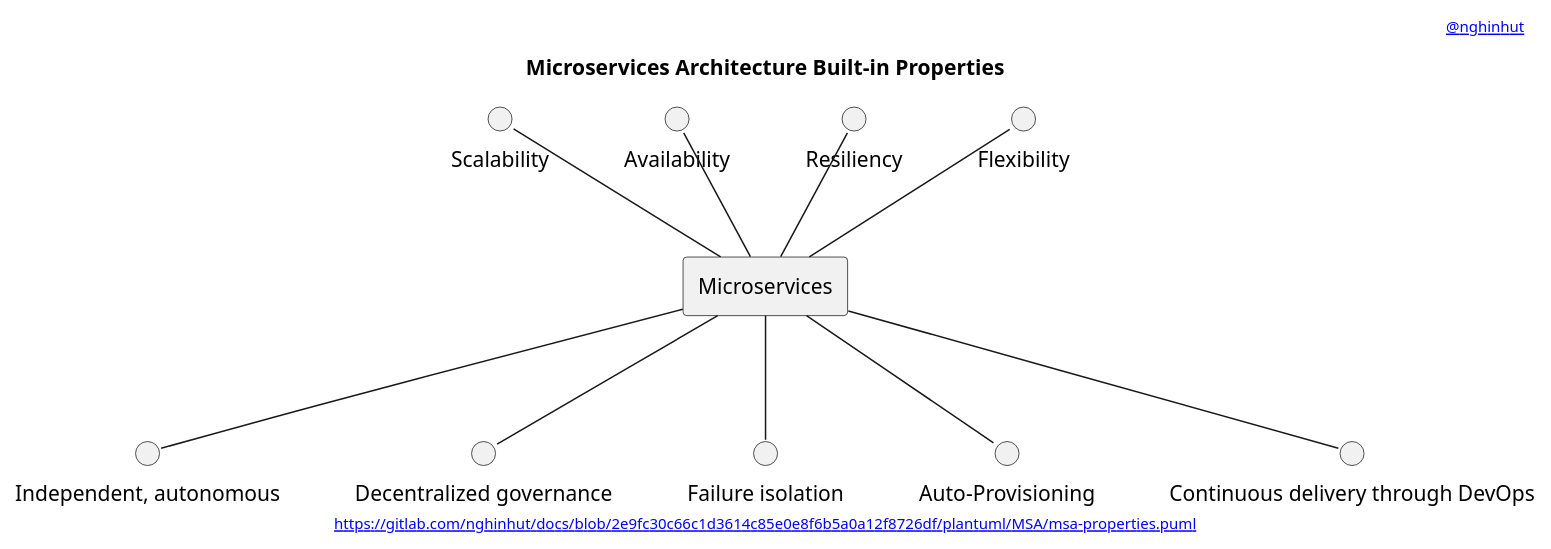
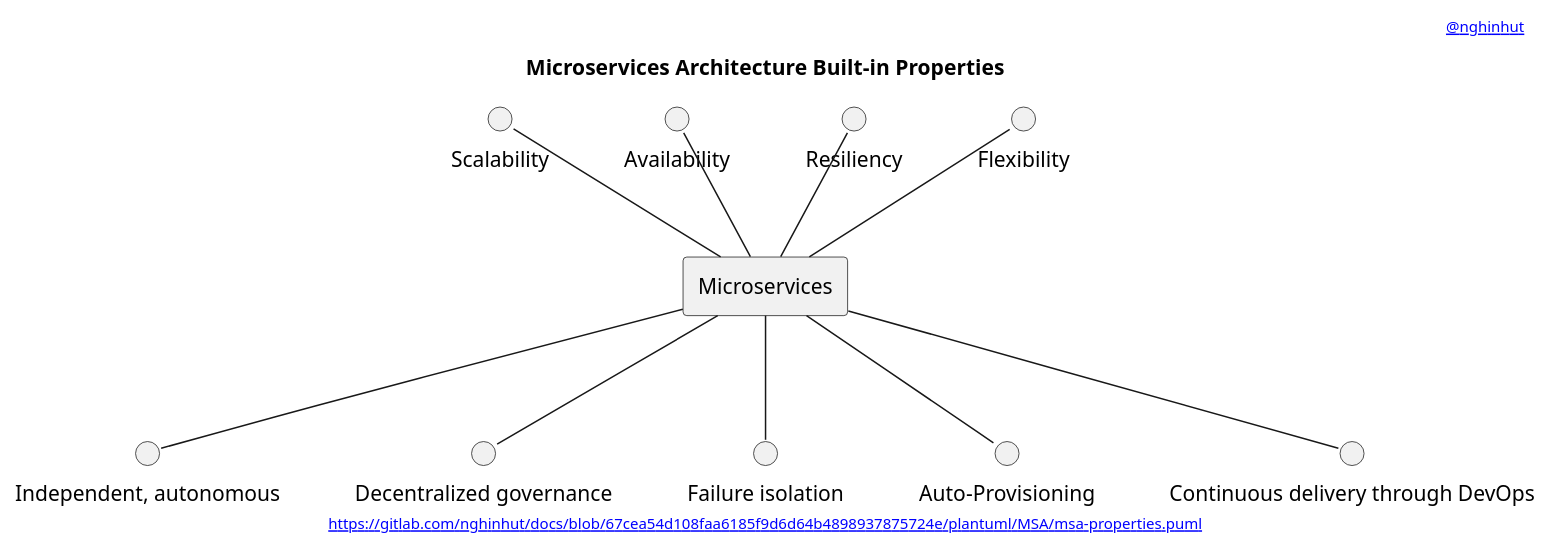
Before and after one commit to nghinhut/docs: the diagram in plantuml/MSA/msa-properties.puml, drawn with PlantUML. The commit also changed 29 other files, not shown here.

```diff
--- a/plantuml/MSA/msa-properties.puml
+++ b/plantuml/MSA/msa-properties.puml
@@ -1,31 +1,31 @@
 @startuml
 '-----START auto generated metadata please keep comment here to allow auto update-----
 '-----DON'T EDIT THIS SECTION, INSTEAD RE-RUN prebuild.sh TO UPDATE-----
-header [[https://www.nghinhut.dev?from=http%5C%3A%5C%2F%5C%2Fwww%5C.plantuml%5C.com%5C%2Fplantuml%5C%2Fproxy%3Ffmt%3Dsvg%5C%26src%3Dhttps%5C%3A%5C%2F%5C%2Fgitlab%5C.com%5C%2Fnghinhut%5C%2Fdocs%5C%2Fraw%5C%2F2e9fc30c66c1d3614c85e0e8f6b5a0a12f8726df%5C%2Fplantuml%5C%2FMSA%5C%2Fmsa-properties%5C.puml%0A @nghinhut]]
-footer [[http://www.plantuml.com/plantuml/proxy?fmt=svg&src=https://gitlab.com/nghinhut/docs/raw/2e9fc30c66c1d3614c85e0e8f6b5a0a12f8726df/plantuml/MSA/msa-properties.puml https://gitlab.com/nghinhut/docs/blob/2e9fc30c66c1d3614c85e0e8f6b5a0a12f8726df/plantuml/MSA/msa-properties.puml]]
+header [[https://www.nghinhut.dev?from=http%5C%3A%5C%2F%5C%2Fwww%5C.plantuml%5C.com%5C%2Fplantuml%5C%2Fproxy%3Ffmt%3Dsvg%5C%26src%3Dhttps%5C%3A%5C%2F%5C%2Fgitlab%5C.com%5C%2Fnghinhut%5C%2Fdocs%5C%2Fraw%5C%2F67cea54d108faa6185f9d6d64b4898937875724e%5C%2Fplantuml%5C%2FMSA%5C%2Fmsa-properties%5C.puml%0A @nghinhut]]
+footer [[http://www.plantuml.com/plantuml/proxy?fmt=svg&src=https://gitlab.com/nghinhut/docs/raw/67cea54d108faa6185f9d6d64b4898937875724e/plantuml/MSA/msa-properties.puml https://gitlab.com/nghinhut/docs/blob/67cea54d108faa6185f9d6d64b4898937875724e/plantuml/MSA/msa-properties.puml]]
 '-----END auto generated metadata please keep comment here to allow auto update-----
 title Microservices Architecture Built-in Properties
 
 rectangle "Microservices" as msa
 
 circle "Scalability" as scalability
 circle "Availability" as availability
 circle "Resiliency" as resiliency
 circle "Flexibility" as flexibility
 circle "Independent, autonomous" as independent_autonomous
 circle "Decentralized governance" as decentralized_governance
 circle "Failure isolation" as failure_isolation
 circle "Auto-Provisioning" as auto_provisioning
 circle "Continuous delivery through DevOps" as cd
 
 scalability -- msa
 availability -- msa
 resiliency -- msa
 flexibility -- msa
 msa -- independent_autonomous
 msa -- decentralized_governance
 msa -- failure_isolation
 msa -- auto_provisioning
 msa -- cd
 
 @enduml
```
